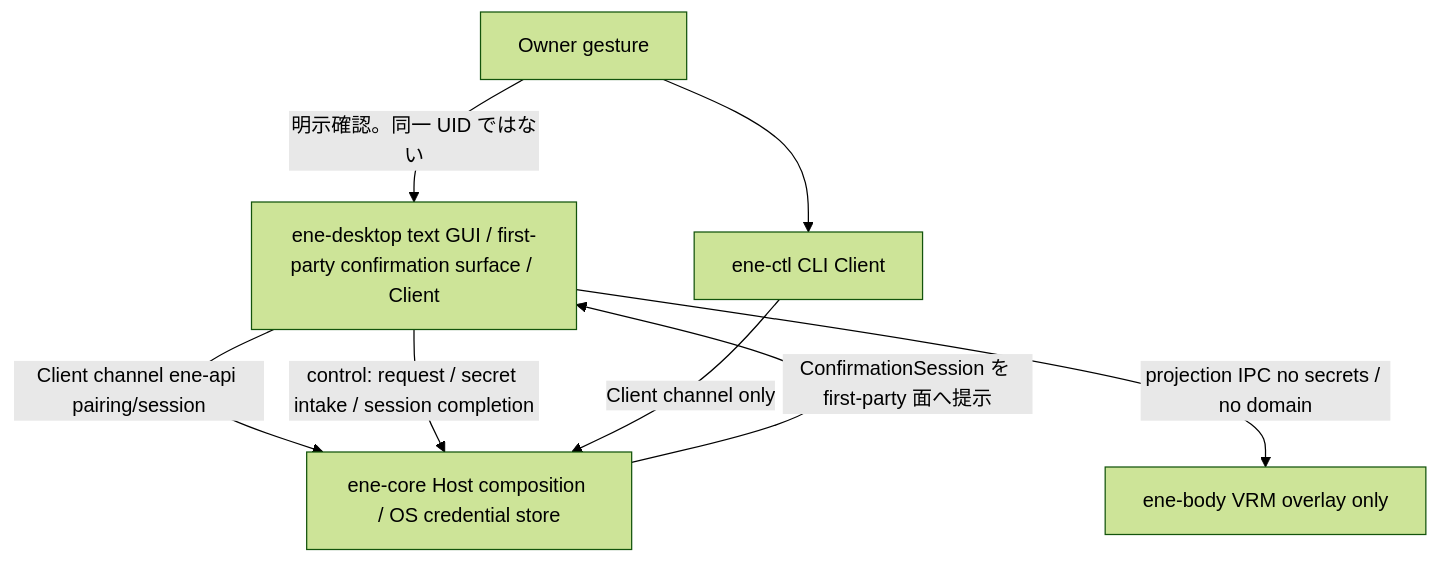
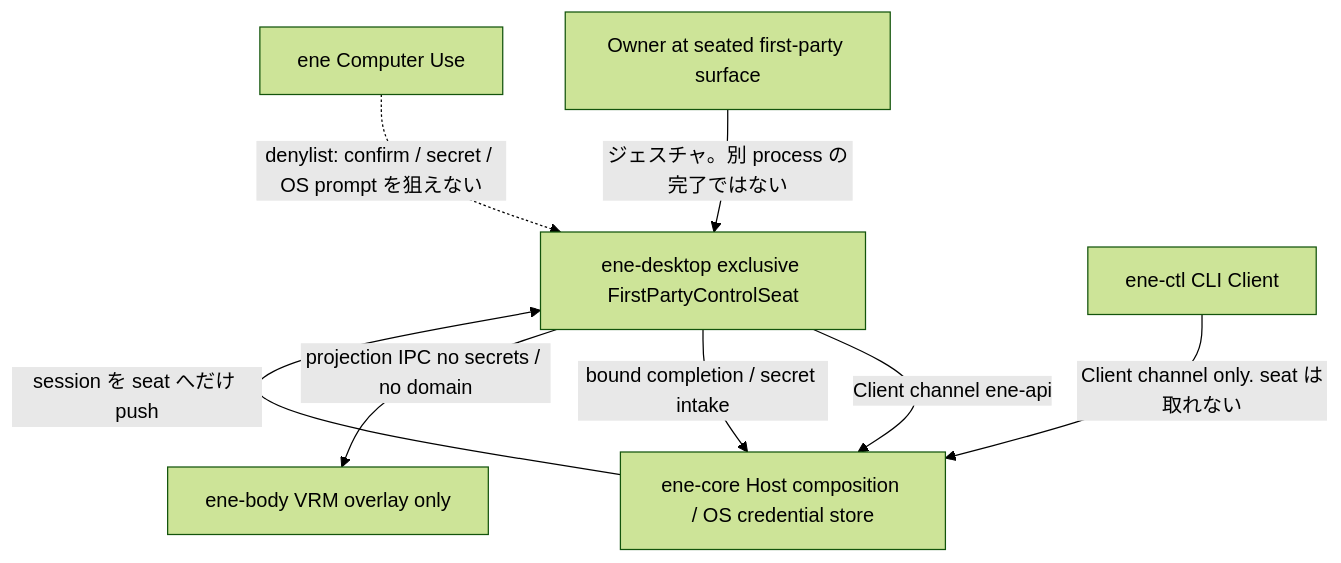
The first of 2 diagrams in docs/design/concrete/first-party-desktop.md (pexisgle/ene), drawn with Mermaid (forest theme) before and after one commit. The commit also changed other lines of this file and 5 other files, not shown here.

First line of the commit message:
docs(stage7): bind A0 confirmation to exclusive control seat

````diff
--- a/docs/design/concrete/first-party-desktop.md
+++ b/docs/design/concrete/first-party-desktop.md
@@ -36,16 +36,17 @@
 ```mermaid
 flowchart TB
-  owner[Owner gesture]
-  desktop["ene-desktop text GUI / first-party confirmation surface / Client"]
+  owner[Owner at seated first-party surface]
+  desktop["ene-desktop exclusive FirstPartyControlSeat"]
   body["ene-body VRM overlay only"]
   host["ene-core Host composition / OS credential store"]
   ctl["ene-ctl CLI Client"]
+  cu[ene Computer Use]
 
-  owner -->|"明示確認。同一 UID ではない"| desktop
-  owner --> ctl
-  desktop -->|"Client channel ene-api pairing/session"| host
-  desktop -->|"control: request / secret intake / session completion"| host
-  host -->|"ConfirmationSession を first-party 面へ提示"| desktop
+  owner -->|"ジェスチャ。別 process の完了ではない"| desktop
+  desktop -->|"Client channel ene-api"| host
+  desktop -->|"bound completion / secret intake"| host
+  host -->|"session を seat へだけ push"| desktop
+  cu -.->|"denylist: confirm / secret / OS prompt を狙えない"| desktop
   desktop -->|"projection IPC no secrets / no domain"| body
-  ctl -->|"Client channel only"| host
+  ctl -->|"Client channel only. seat は取れない"| host
 ```
````
